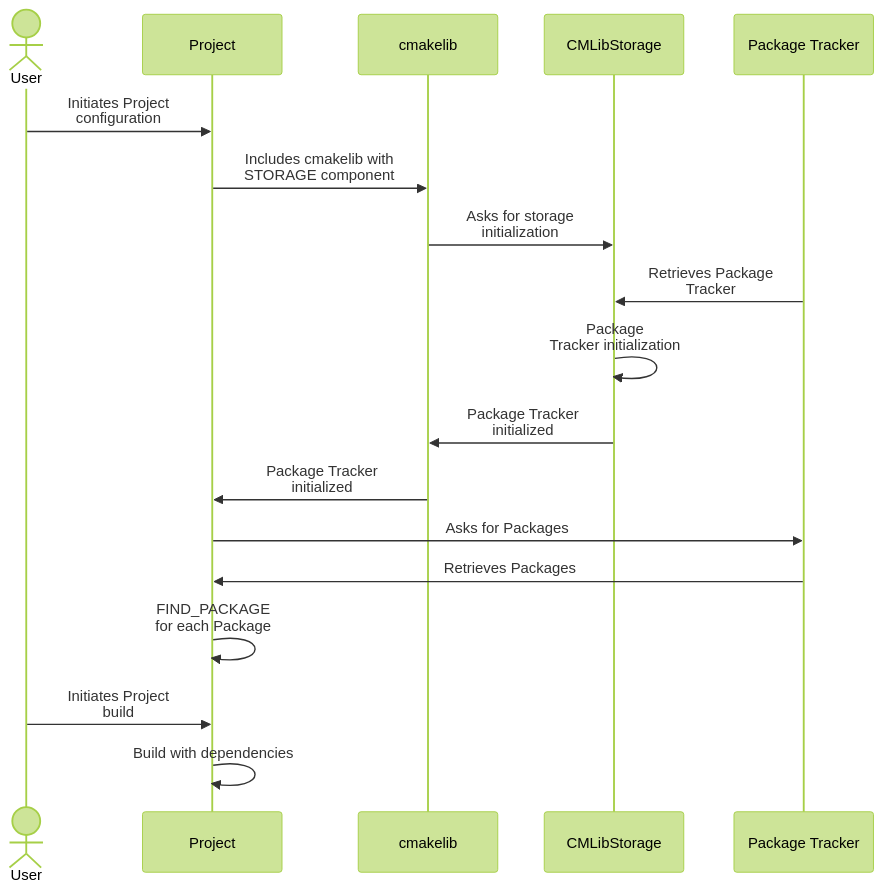
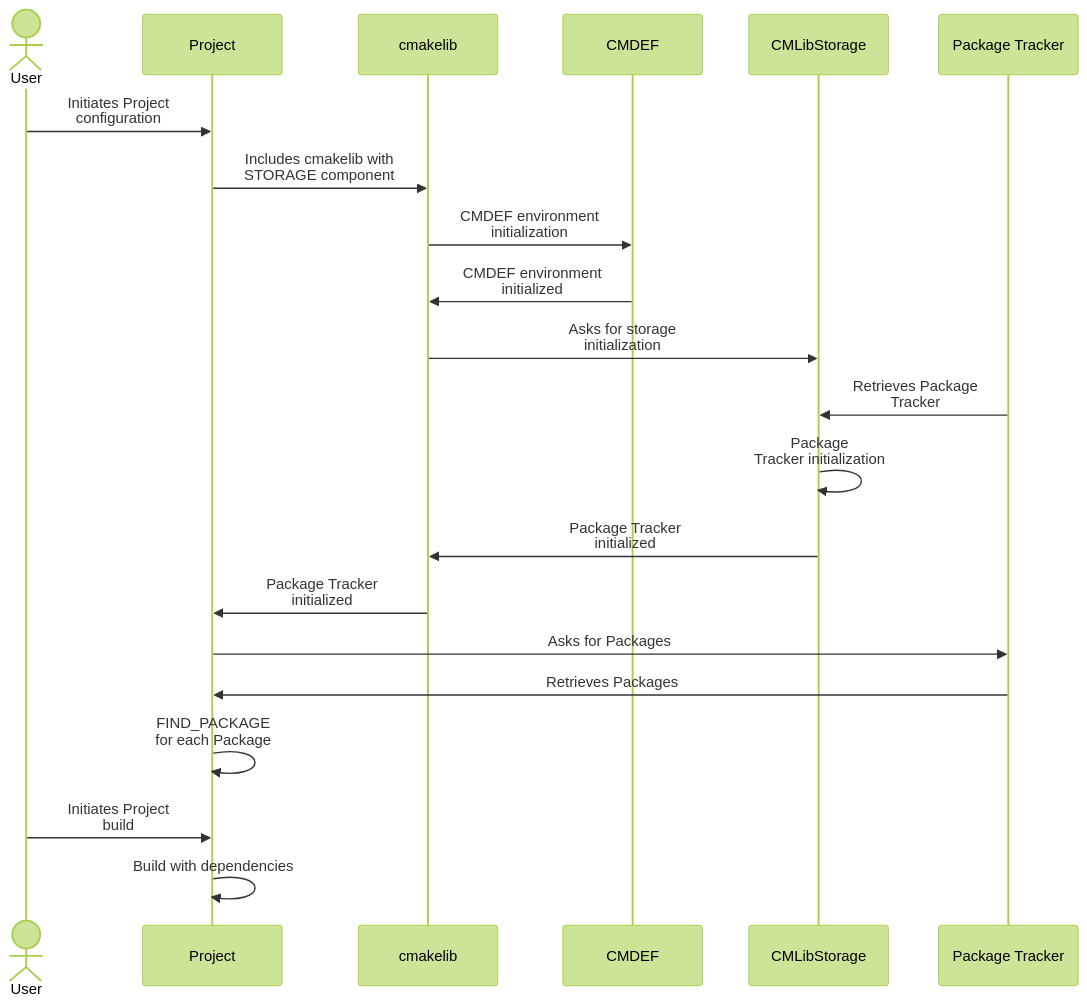
Before and after one commit to bacpack-system/bacpack-system.github.io: the seventh of 7 diagrams in docs/architecture.md, drawn with Mermaid (forest theme). The commit also changed other lines of this file and 2 other files, not shown here.

````diff
--- a/docs/architecture.md
+++ b/docs/architecture.md
@@ -324,21 +327,24 @@
 ```mermaid
 sequenceDiagram
   actor User
   participant Project
   participant cmakelib
+  participant CMDEF
   participant CMLibStorage
   participant Package Tracker
 
   User->>Project: Initiates Project<br>configuration
   Project->>cmakelib: Includes cmakelib with<br>STORAGE component
+  cmakelib->>CMDEF: CMDEF environment<br>initialization
+  CMDEF->>cmakelib: CMDEF environment<br>initialized
   cmakelib->>CMLibStorage: Asks for storage<br>initialization
   Package Tracker->>CMLibStorage: Retrieves Package<br>Tracker
   CMLibStorage->>CMLibStorage: Package<br>Tracker initialization
   CMLibStorage->>cmakelib: Package Tracker<br>initialized
   cmakelib->>Project: Package Tracker<br>initialized
   Project->>Package Tracker: Asks for Packages
   Package Tracker->>Project: Retrieves Packages
   Project->>Project: FIND_PACKAGE<br>for each Package
   User->>Project: Initiates Project<br>build
   Project->>Project: Build with dependencies
 ```
````
